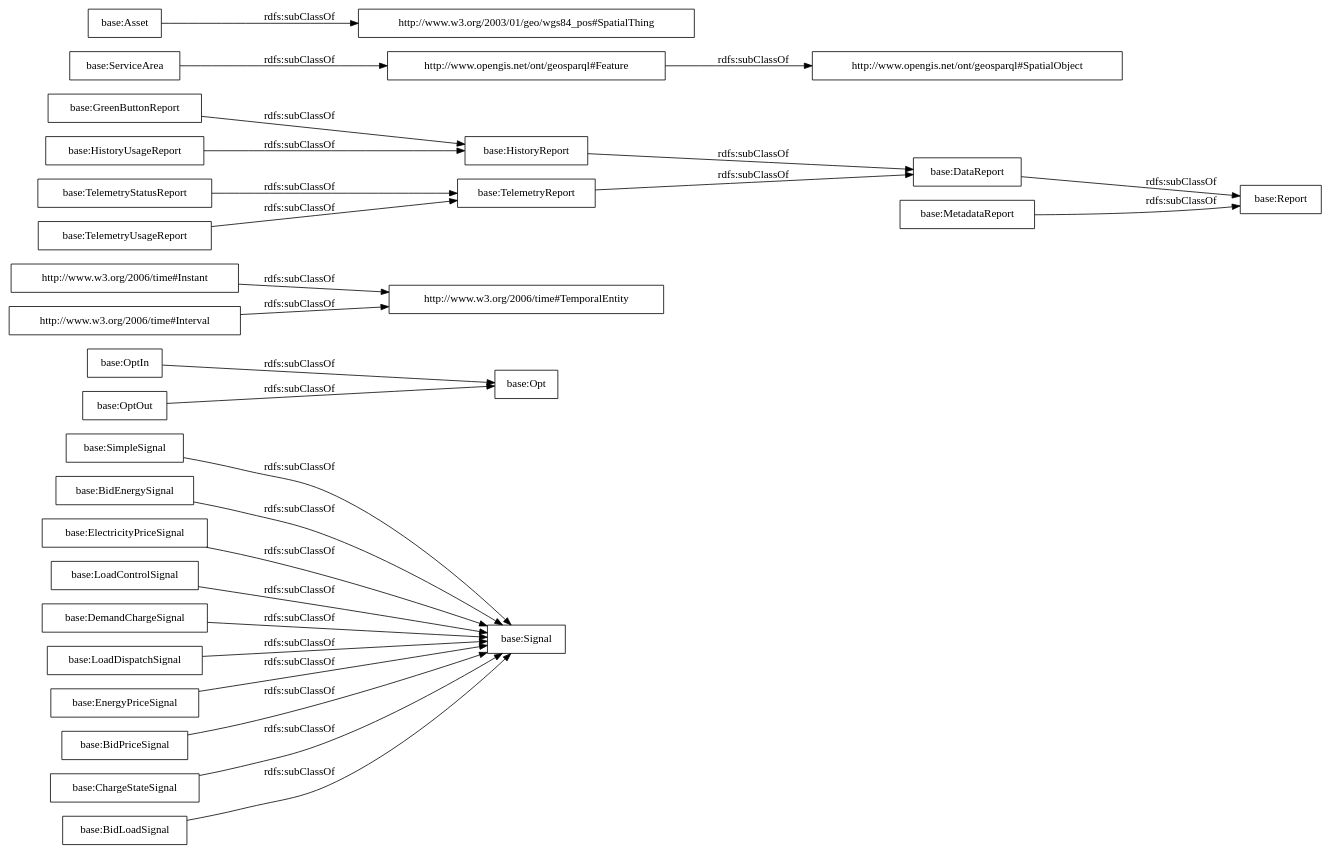
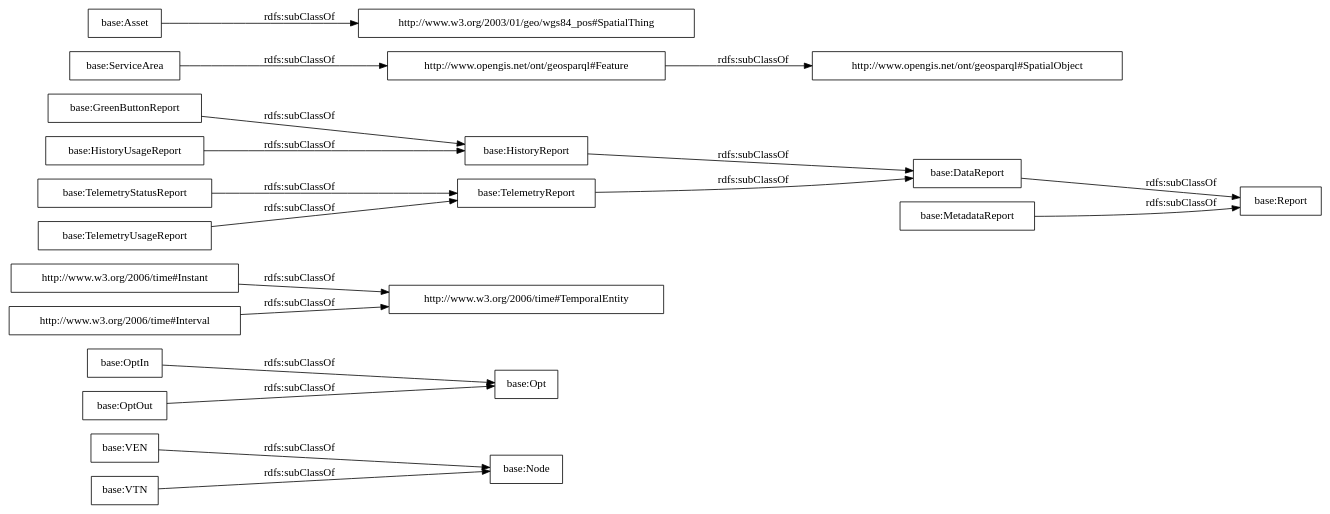
Before and after one commit to albaizq/OpenADRontology: the diagram in OnToology/ontology/openADRontology.owl/diagrams/ar2dtool-taxonomy/openADRontology.owl.png.dot, drawn with Graphviz. The commit also changed 12 other files, not shown here.

```diff
--- a/OnToology/ontology/openADRontology.owl/diagrams/ar2dtool-taxonomy/openADRontology.owl.png.dot
+++ b/OnToology/ontology/openADRontology.owl/diagrams/ar2dtool-taxonomy/openADRontology.owl.png.dot
@@ -1,31 +1,23 @@
 digraph ar2dtool_diagram { 
 rankdir=LR;
 size="1000"
-node [shape = rectangle, color="black"]; "base:SimpleSignal" "base:Signal" "base:Opt" "http://www.w3.org/2006/time#Instant" "base:GreenButtonReport" "base:DataReport" "base:TelemetryUsageReport" "base:BidEnergySignal" "base:ElectricityPriceSignal" "base:LoadControlSignal" "base:ServiceArea" "base:HistoryReport" "base:DemandChargeSignal" "base:OptIn" "base:LoadDispatchSignal" "base:OptOut" "base:EnergyPriceSignal" "base:TelemetryStatusReport" "base:BidPriceSignal" "http://www.w3.org/2003/01/geo/wgs84_pos#SpatialThing" "base:Asset" "http://www.opengis.net/ont/geosparql#SpatialObject" "http://www.w3.org/2006/time#Interval" "base:ChargeStateSignal" "http://www.w3.org/2006/time#TemporalEntity" "base:TelemetryReport" "base:BidLoadSignal" "http://www.opengis.net/ont/geosparql#Feature" "base:MetadataReport" "base:HistoryUsageReport" "base:Report" ; /*classes style*/
+node [shape = rectangle, color="black"]; "base:VEN" "base:Opt" "http://www.w3.org/2006/time#Instant" "base:GreenButtonReport" "base:DataReport" "base:TelemetryUsageReport" "base:ServiceArea" "base:HistoryReport" "base:OptIn" "base:OptOut" "base:Node" "base:VTN" "base:TelemetryStatusReport" "http://www.w3.org/2003/01/geo/wgs84_pos#SpatialThing" "base:Asset" "http://www.opengis.net/ont/geosparql#SpatialObject" "http://www.w3.org/2006/time#Interval" "http://www.w3.org/2006/time#TemporalEntity" "base:TelemetryReport" "http://www.opengis.net/ont/geosparql#Feature" "base:MetadataReport" "base:HistoryUsageReport" "base:Report" ; /*classes style*/
 	"base:Asset" -> "http://www.w3.org/2003/01/geo/wgs84_pos#SpatialThing" [ label = "rdfs:subClassOf" ];
 	"base:DataReport" -> "base:Report" [ label = "rdfs:subClassOf" ];
-	"base:EnergyPriceSignal" -> "base:Signal" [ label = "rdfs:subClassOf" ];
 	"base:TelemetryUsageReport" -> "base:TelemetryReport" [ label = "rdfs:subClassOf" ];
-	"base:SimpleSignal" -> "base:Signal" [ label = "rdfs:subClassOf" ];
-	"base:ChargeStateSignal" -> "base:Signal" [ label = "rdfs:subClassOf" ];
+	"base:VTN" -> "base:Node" [ label = "rdfs:subClassOf" ];
 	"base:HistoryReport" -> "base:DataReport" [ label = "rdfs:subClassOf" ];
 	"http://www.w3.org/2006/time#Interval" -> "http://www.w3.org/2006/time#TemporalEntity" [ label = "rdfs:subClassOf" ];
 	"base:GreenButtonReport" -> "base:HistoryReport" [ label = "rdfs:subClassOf" ];
-	"base:BidLoadSignal" -> "base:Signal" [ label = "rdfs:subClassOf" ];
 	"base:ServiceArea" -> "http://www.opengis.net/ont/geosparql#Feature" [ label = "rdfs:subClassOf" ];
 	"http://www.opengis.net/ont/geosparql#Feature" -> "http://www.opengis.net/ont/geosparql#SpatialObject" [ label = "rdfs:subClassOf" ];
-	"base:LoadControlSignal" -> "base:Signal" [ label = "rdfs:subClassOf" ];
+	"base:VEN" -> "base:Node" [ label = "rdfs:subClassOf" ];
 	"base:OptOut" -> "base:Opt" [ label = "rdfs:subClassOf" ];
-	"base:BidEnergySignal" -> "base:Signal" [ label = "rdfs:subClassOf" ];
-	"base:BidPriceSignal" -> "base:Signal" [ label = "rdfs:subClassOf" ];
-	"base:ElectricityPriceSignal" -> "base:Signal" [ label = "rdfs:subClassOf" ];
 	"base:OptIn" -> "base:Opt" [ label = "rdfs:subClassOf" ];
 	"base:MetadataReport" -> "base:Report" [ label = "rdfs:subClassOf" ];
 	"http://www.w3.org/2006/time#Instant" -> "http://www.w3.org/2006/time#TemporalEntity" [ label = "rdfs:subClassOf" ];
 	"base:TelemetryReport" -> "base:DataReport" [ label = "rdfs:subClassOf" ];
-	"base:LoadDispatchSignal" -> "base:Signal" [ label = "rdfs:subClassOf" ];
 	"base:TelemetryStatusReport" -> "base:TelemetryReport" [ label = "rdfs:subClassOf" ];
 	"base:HistoryUsageReport" -> "base:HistoryReport" [ label = "rdfs:subClassOf" ];
-	"base:DemandChargeSignal" -> "base:Signal" [ label = "rdfs:subClassOf" ];
 
 }
```
